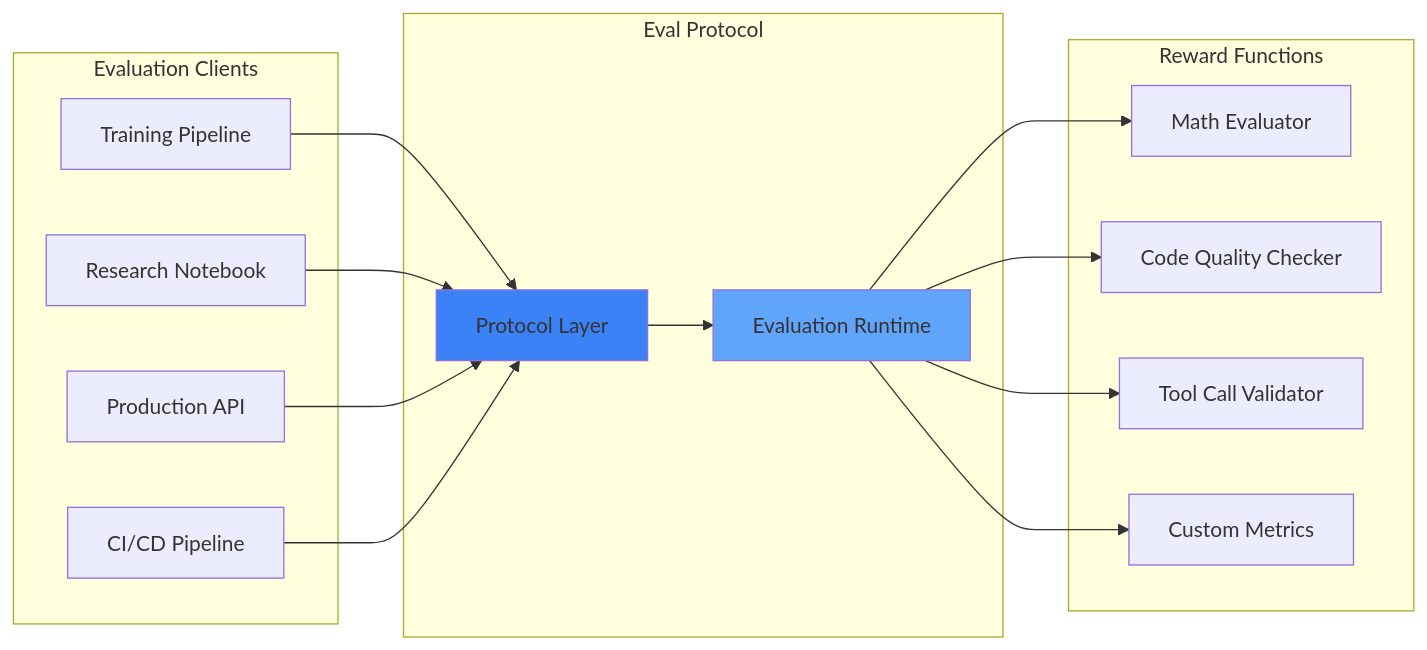
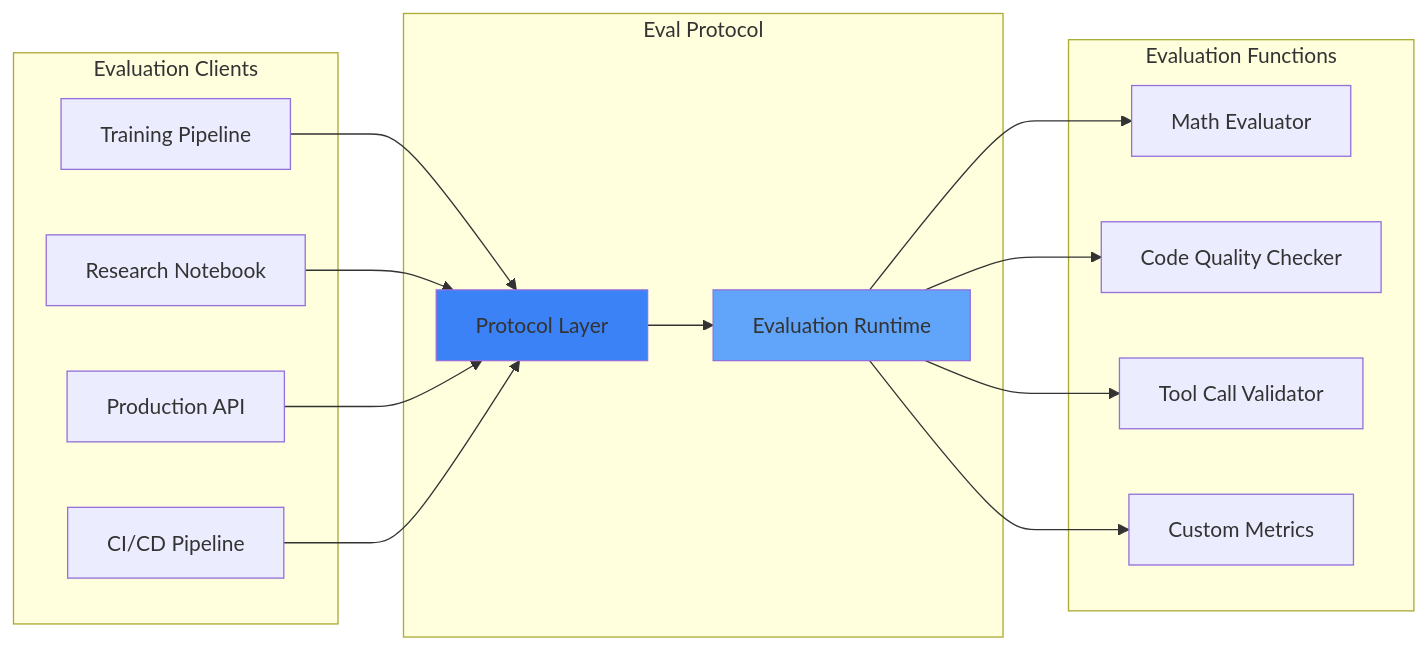
The second of 2 diagrams in introduction.mdx (eval-protocol/eval-protocol), drawn with Mermaid before and after one commit. The commit also changed other lines of this file and 28 other files, not shown here.

````diff
--- a/introduction.mdx
+++ b/introduction.mdx
@@ -88,35 +88,35 @@
 ```mermaid
 graph LR
     subgraph "Evaluation Clients"
         A[Training Pipeline]
         B[Research Notebook]
         C[Production API]
         D[CI/CD Pipeline]
     end
     
     subgraph "Eval Protocol"
         E[Protocol Layer]
         F[Evaluation Runtime]
     end
     
-    subgraph "Reward Functions"
+    subgraph "Evaluation Functions"
         G[Math Evaluator]
         H[Code Quality Checker]
         I[Tool Call Validator]
         J[Custom Metrics]
     end
     
     A --> E
     B --> E
     C --> E
     D --> E
     
     E --> F
     F --> G
     F --> H
     F --> I
     F --> J
     
     style E fill:#3b82f6
     style F fill:#60a5fa
 ```
````
